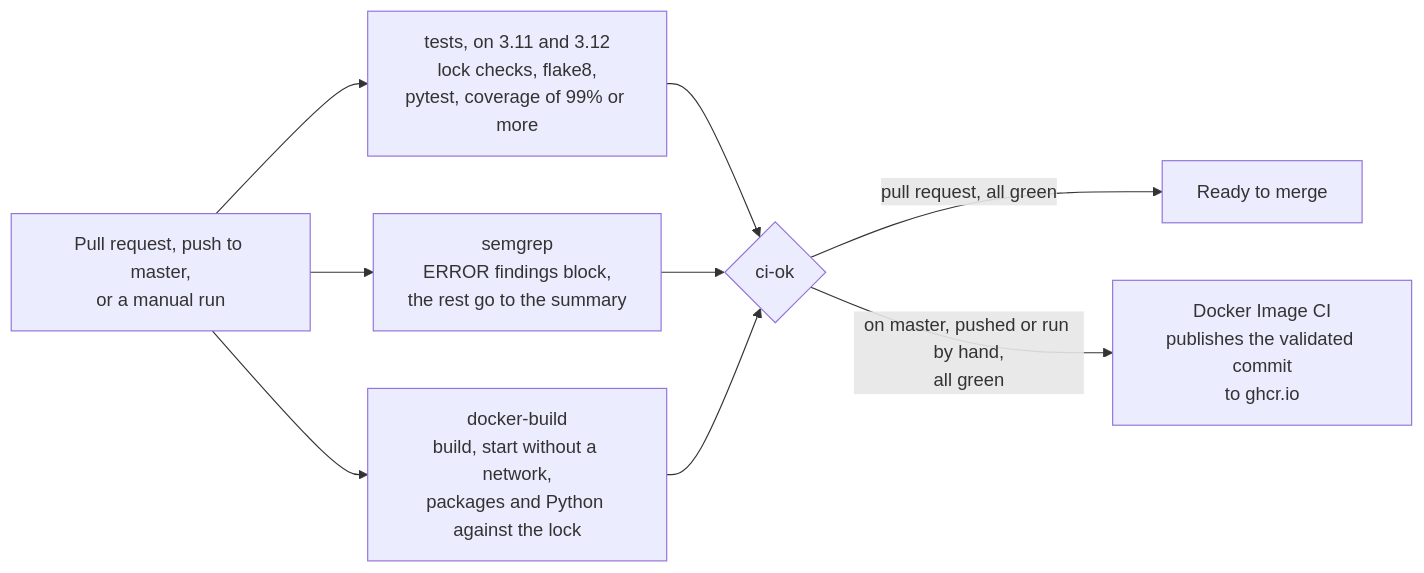
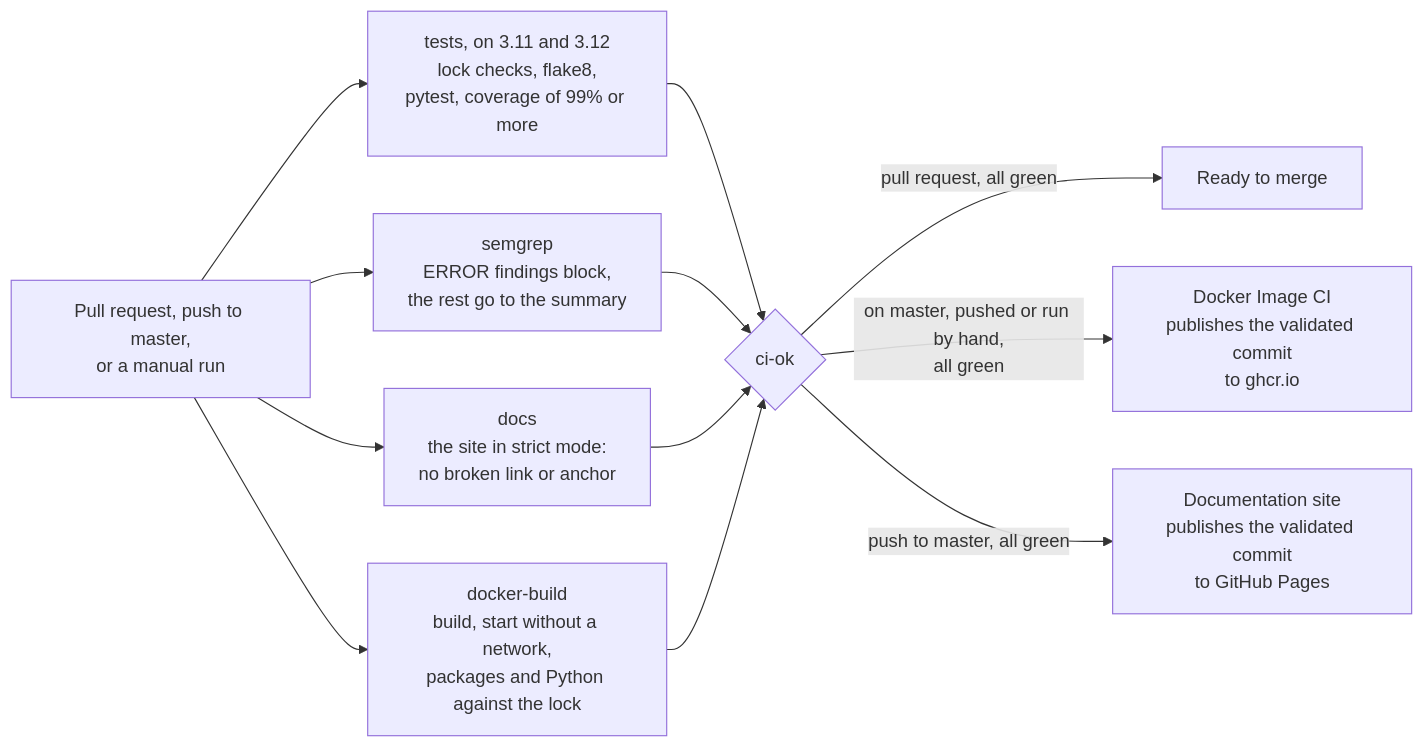
The fifth of 6 diagrams in README.md (Akinzou/TradeLockerBot), drawn with Mermaid before and after one commit. The commit also changed other lines of this file and 13 other files, not shown here.

First line of the commit message:
docs: publish the documentation on GitHub Pages with MkDocs Material

````diff
--- a/README.md
+++ b/README.md
@@ -677,10 +679,12 @@
 ```mermaid
 flowchart LR
-    PR["Pull request, push to master,<br/>or a manual run"] --> T & S & D
+    PR["Pull request, push to master,<br/>or a manual run"] --> T & S & DOC & D
     T["tests, on 3.11 and 3.12<br/>lock checks, flake8,<br/>pytest, coverage of 99% or more"]
     S["semgrep<br/>ERROR findings block,<br/>the rest go to the summary"]
+    DOC["docs<br/>the site in strict mode:<br/>no broken link or anchor"]
     D["docker-build<br/>build, start without a network,<br/>packages and Python against the lock"]
-    T & S & D --> OK{ci-ok}
+    T & S & DOC & D --> OK{ci-ok}
     OK -- "pull request, all green" --> M[Ready to merge]
     OK -- "on master, pushed or run by hand,<br/>all green" --> P["Docker Image CI<br/>publishes the validated commit<br/>to ghcr.io"]
+    OK -- "push to master, all green" --> PG["Documentation site<br/>publishes the validated commit<br/>to GitHub Pages"]
 ```
````
